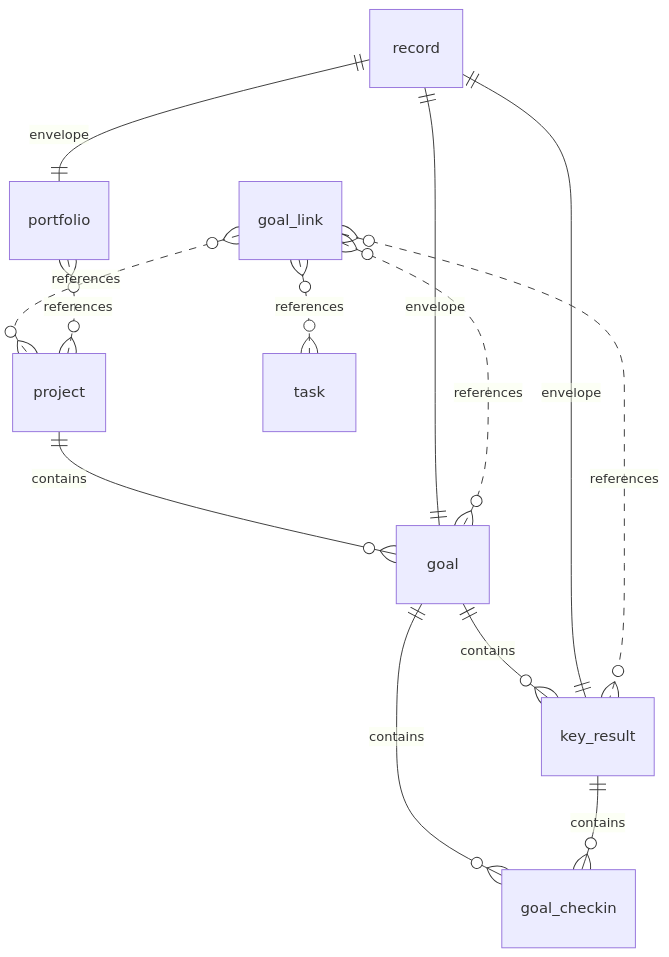
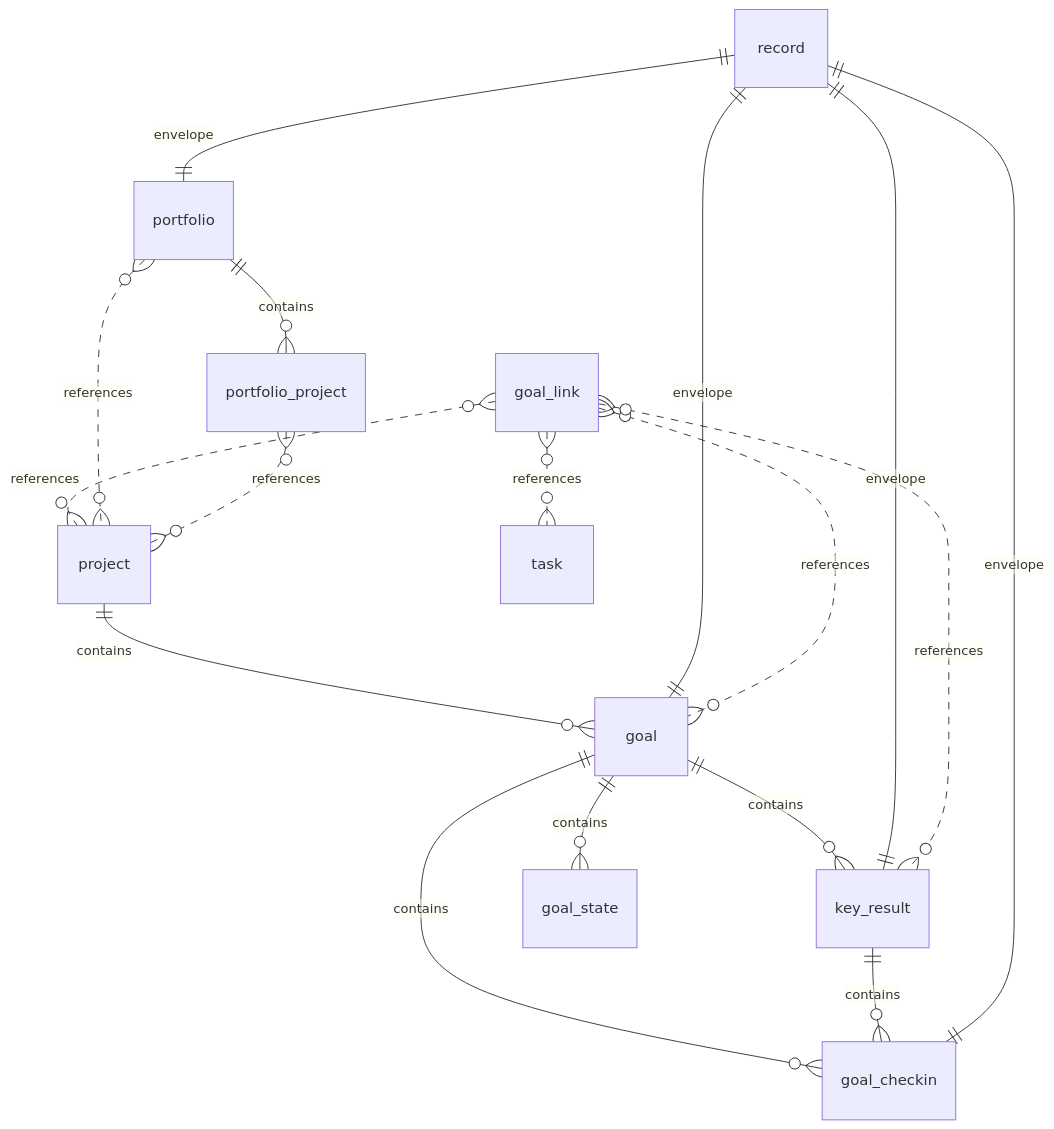
One commit to KatrielMoses/pm changed diagram 18 of 30 in docs/architecture/data/generated/er-diagrams.md. Above: the diagram before and after it, drawn with Mermaid. The commit also changed 29 other files, not shown here.

````diff
--- a/docs/architecture/data/generated/er-diagrams.md
+++ b/docs/architecture/data/generated/er-diagrams.md
@@ -273,15 +273,19 @@
 ```mermaid
 erDiagram
   project ||--o{ goal : "contains"
   record ||--|| goal : "envelope"
   goal ||--o{ key_result : "contains"
   record ||--|| key_result : "envelope"
   goal_link }o..o{ goal : "references"
   goal_link }o..o{ key_result : "references"
   goal_link }o..o{ project : "references"
   goal_link }o..o{ task : "references"
   goal ||--o{ goal_checkin : "contains"
   key_result ||--o{ goal_checkin : "contains"
+  record ||--|| goal_checkin : "envelope"
+  goal ||--o{ goal_state : "contains"
   portfolio }o..o{ project : "references"
   record ||--|| portfolio : "envelope"
+  portfolio ||--o{ portfolio_project : "contains"
+  portfolio_project }o..o{ project : "references"
 ```
````
